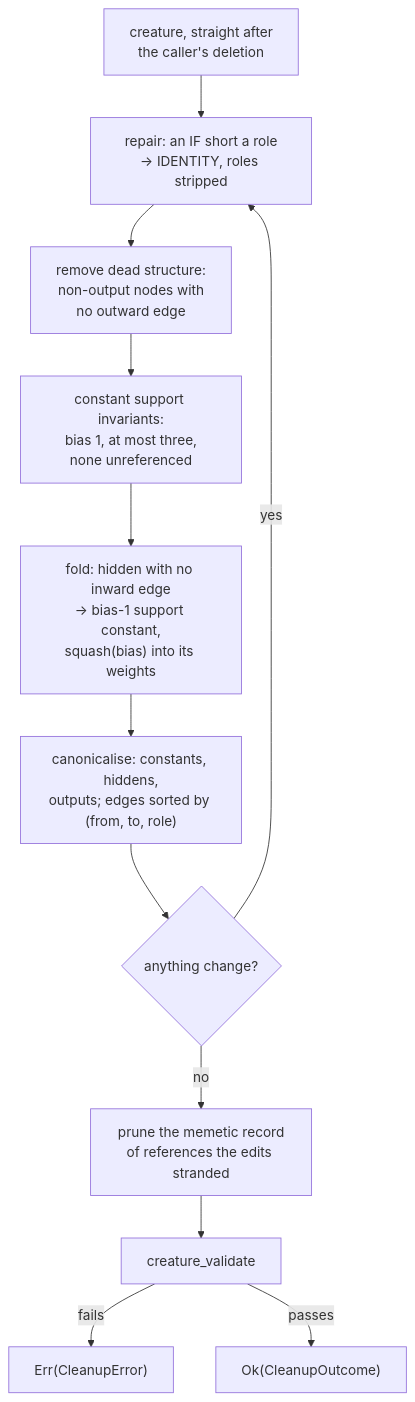
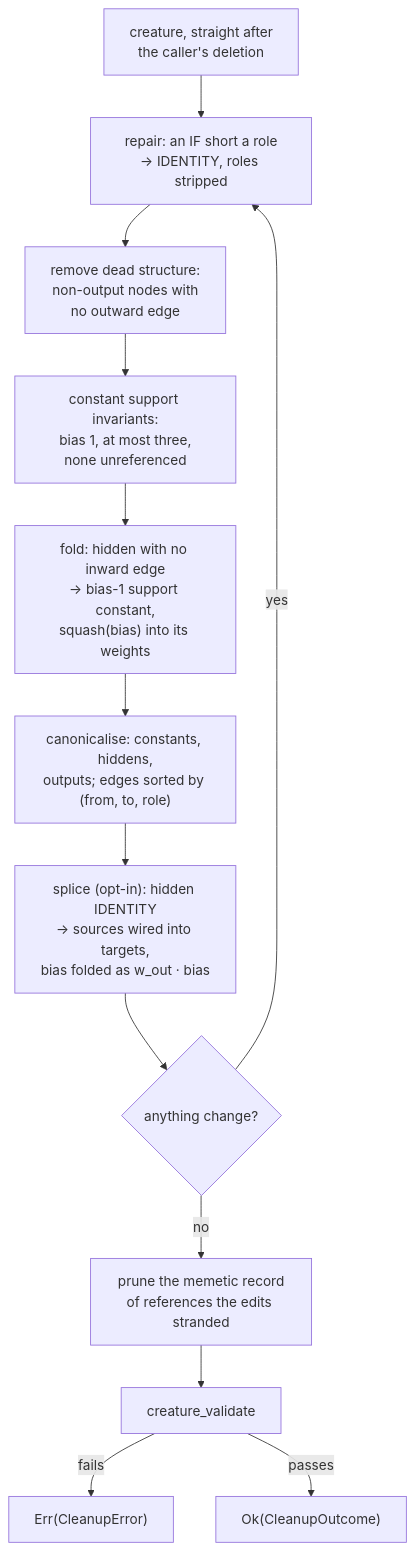
Diagram 16 of 30 in README.md (stSoftwareAU/NEAT-AI-core), drawn with Mermaid before and after one commit. The commit also changed other lines of this file and 16 other files, not shown here.

First line of the commit message:
Pruning: splice out IDENTITY neurons the IF rewrite leaves behind, recursively (Issue #688) (#703)

````diff
--- a/README.md
+++ b/README.md
@@ -943,14 +943,15 @@
 ```mermaid
 flowchart TD
     I["creature, straight after<br/>the caller's deletion"] --> R["repair: an IF short a role<br/>→ IDENTITY, roles stripped"]
     R --> D["remove dead structure:<br/>non-output nodes with<br/>no outward edge"]
     D --> C["constant support invariants:<br/>bias 1, at most three,<br/>none unreferenced"]
     C --> F["fold: hidden with no inward edge<br/>→ bias-1 support constant,<br/>squash(bias) into its weights"]
     F --> N["canonicalise: constants, hiddens,<br/>outputs; edges sorted by (from, to, role)"]
-    N --> Q{"anything change?"}
+    N --> S["splice (opt-in): hidden IDENTITY<br/>→ sources wired into targets,<br/>bias folded as w_out · bias"]
+    S --> Q{"anything change?"}
     Q -- yes --> R
     Q -- no --> M["prune the memetic record<br/>of references the edits stranded"]
     M --> V["creature_validate"]
     V -- fails --> E["Err(CleanupError)"]
     V -- passes --> O["Ok(CleanupOutcome)"]
 ```
````
